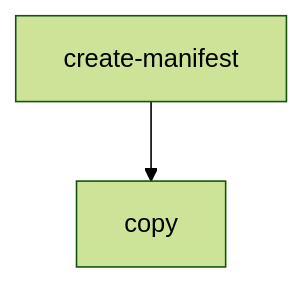
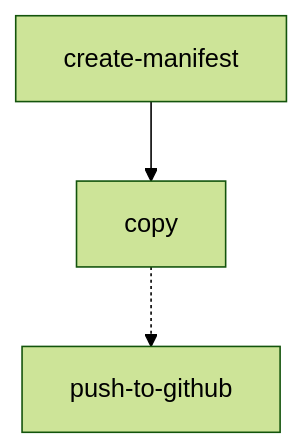
Before and after one commit to linz/topo-workflows: the second of 2 diagrams in workflows/imagery/README.md, drawn with Mermaid (forest theme). The commit also changed other lines of this file and 2 other files, not shown here.

First line of the commit message:
feat: format and push stac collection to github TDE-756 (#132)

````diff
--- a/workflows/imagery/README.md
+++ b/workflows/imagery/README.md
@@ -171,4 +171,4 @@
 ```mermaid
 graph TD;
-    create-manifest-->copy;
+    create-manifest-->copy-.->push-to-github;
 ```
````
